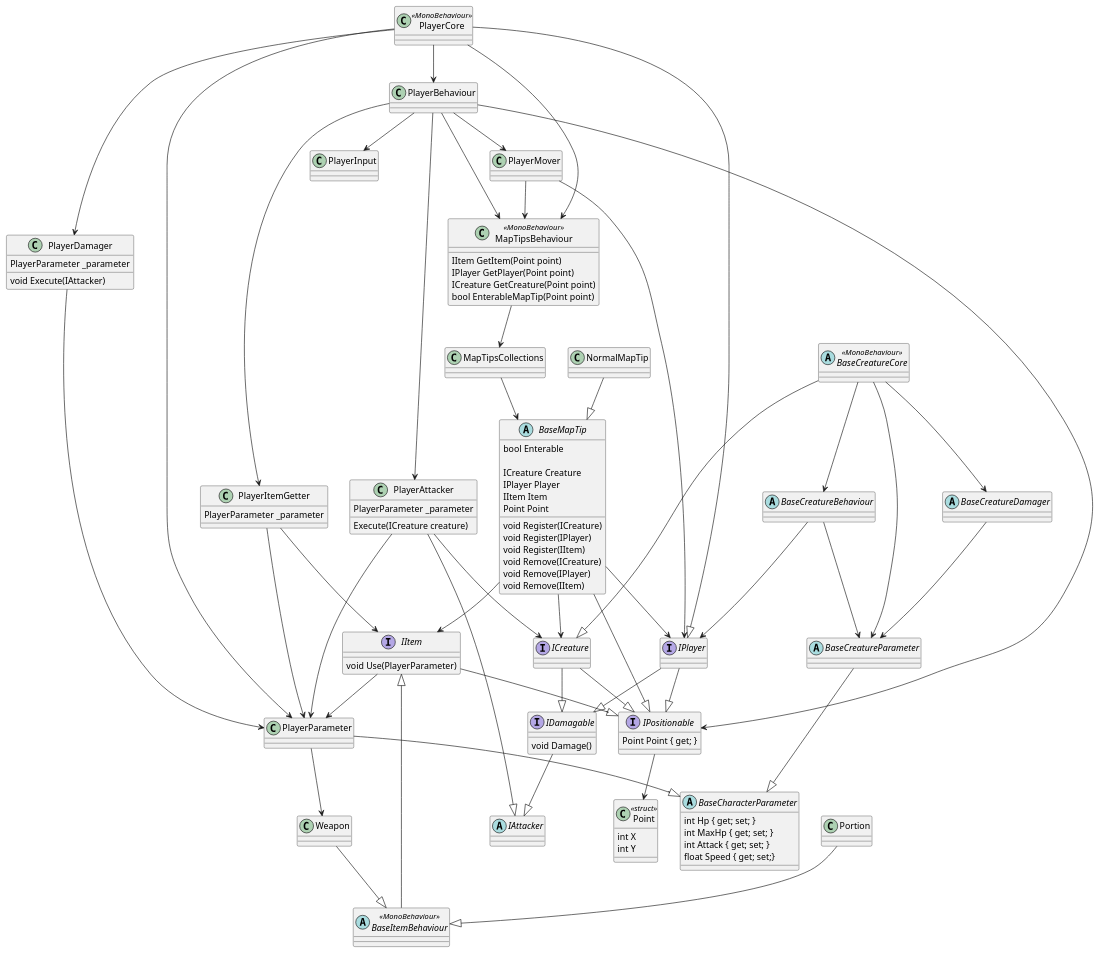
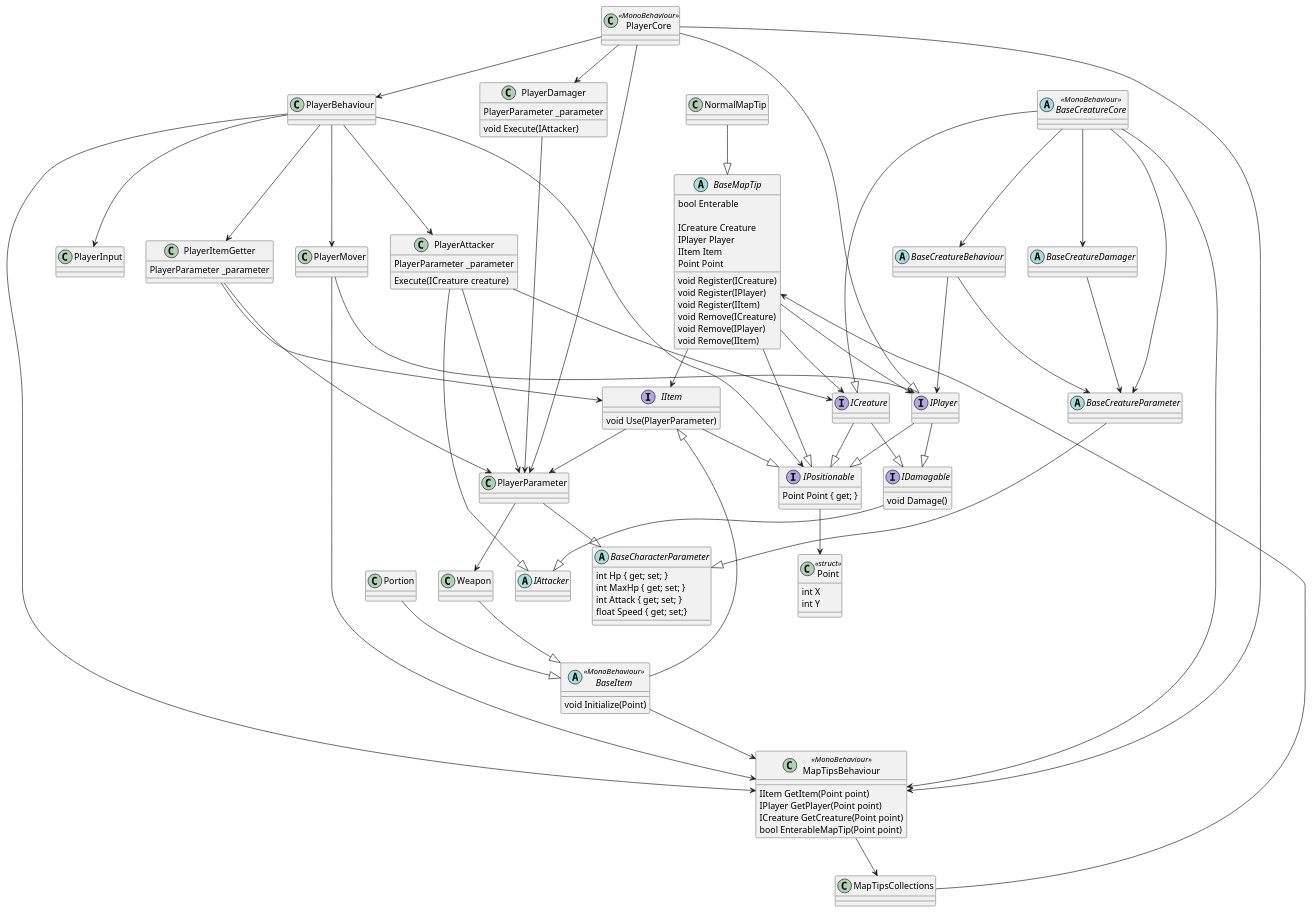
The diagram in Assets/Script/uml.pu (snowhork/ringo), drawn with PlantUML before and after one commit. The commit also changed 880 other files, not shown here.

```diff
--- a/Assets/Script/uml.pu
+++ b/Assets/Script/uml.pu
@@ -1,195 +1,197 @@
 class Point<<struct>> {
   int X
   int Y
 }
 
 interface IPositionable {
   Point Point { get; }
 }
 
 class PlayerParameter {
 
 }
 
 
 abstract class BaseMapTip {
   void Register(ICreature)
   void Register(IPlayer)
   void Register(IItem)
   void Remove(ICreature)
   void Remove(IPlayer)
   void Remove(IItem)
   bool Enterable
 
   ICreature Creature
   IPlayer Player
   IItem Item
   Point Point
 }
 
 class MapTipsBehaviour<<MonoBehaviour>> {
    IItem GetItem(Point point)
    IPlayer GetPlayer(Point point)
    ICreature GetCreature(Point point)
    bool EnterableMapTip(Point point)
 }
 
 class MapTipsCollections {
 
 }
 
 class PlayerCore<<MonoBehaviour>> {
 
 }
 
 
 class PlayerInput {
 
 }
 
 class PlayerDamager {
   PlayerParameter _parameter
   void Execute(IAttacker)
 }
 
 BaseMapTip --|> IPositionable
 NormalMapTip --|> BaseMapTip
 PlayerParameter --> Weapon
 
 PlayerCore --> PlayerBehaviour
 PlayerCore --> PlayerParameter
 PlayerCore --> MapTipsBehaviour
 PlayerCore --> PlayerDamager
 
 PlayerBehaviour --> PlayerAttacker
 PlayerBehaviour --> PlayerItemGetter
 PlayerBehaviour--> PlayerInput
 PlayerBehaviour --> MapTipsBehaviour
 PlayerBehaviour --> IPositionable
 PlayerBehaviour --> PlayerMover
 
 PlayerMover --> IPlayer
 PlayerMover --> MapTipsBehaviour
 
 PlayerAttacker --|> IAttacker
 
 PlayerAttacker --> PlayerParameter
 PlayerParameter --|> BaseCharacterParameter
 
 PlayerDamager --> PlayerParameter
 
 MapTipsBehaviour --> MapTipsCollections
 
 MapTipsCollections --> BaseMapTip
 
 IPositionable --> Point
 
 
 
 abstract IAttacker {
 
 }
 
 
 abstract class BaseCreatureCore<<MonoBehaviour>> {
 }
 
 abstract class BaseCreatureDamager {
 }
 
 
 abstract class BaseCharacterParameter {
   int Hp { get; set; }
   int MaxHp { get; set; }
   int Attack { get; set; }
   float Speed { get; set;}
 }
 
-abstract class BaseItemBehaviour<<MonoBehaviour>> {
-
+abstract class BaseItem<<MonoBehaviour>> {
+  void Initialize(Point)
 }
 
 class Weapon {
 
 }
 
-Weapon --|> BaseItemBehaviour
+Weapon --|> BaseItem
 
 class Portion {
 
 }
 
-Portion --|> BaseItemBehaviour
+Portion --|> BaseItem
 
 
 interface ICreature {
 
 }
 
 interface IItem {
   void Use(PlayerParameter)
 
 }
 
 class PlayerBehaviour {
 
 }
 
 class PlayerAttacker {
   PlayerParameter _parameter
   Execute(ICreature creature)
 }
 
 class PlayerItemGetter {
   PlayerParameter _parameter
 }
 
 abstract BaseCreatureParameter {
 
 }
 
 
 BaseCreatureDamager --> BaseCreatureParameter
 BaseCreatureParameter --|> BaseCharacterParameter
 BaseCreatureCore --> BaseCreatureParameter
 
-BaseItemBehaviour --|> IItem
+BaseItem --|> IItem
+BaseItem --> MapTipsBehaviour
 
 IItem --|> IPositionable
 IItem --> PlayerParameter
 ICreature--|> IPositionable
 
 BaseCreatureCore --|> ICreature
 BaseCreatureCore --> BaseCreatureDamager
 BaseCreatureCore --> BaseCreatureBehaviour
+BaseCreatureCore --> MapTipsBehaviour
 BaseCreatureBehaviour --> IPlayer
 
 abstract BaseCreatureBehaviour{
 
 }
 
 BaseCreatureBehaviour --> BaseCreatureParameter
 
 BaseMapTip --> IItem
 BaseMapTip --> ICreature
 BaseMapTip --> IPlayer
 
 interface IPlayer  {
 }
 
 IPlayer --|> IDamagable
 ICreature --|> IDamagable
 IDamagable --|> IAttacker
 
 interface IDamagable {
   void Damage()
 }
 
 PlayerCore --|> IPlayer
 IPlayer --|> IPositionable
 
 PlayerAttacker --> ICreature
 
 PlayerItemGetter --> IItem
 
 PlayerItemGetter --> PlayerParameter
```
